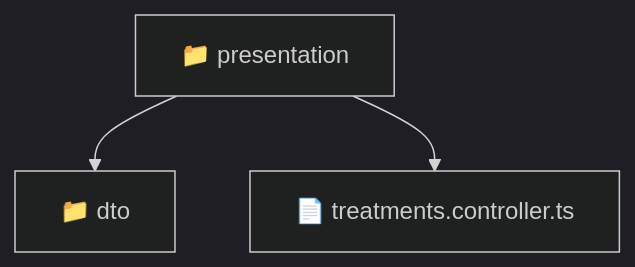
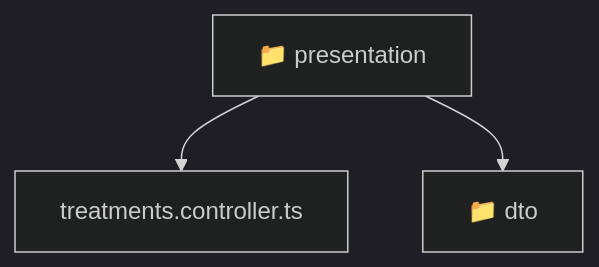
One commit to beginwebdev2002/fullstack-mavluda changed the diagram in backend/src/modules/treatments/presentation/README.md. Above: the diagram before and after it, drawn with Mermaid (dark theme). The commit also changed other lines of this file and 167 other files, not shown here.

````diff
--- a/backend/src/modules/treatments/presentation/README.md
+++ b/backend/src/modules/treatments/presentation/README.md
@@ -9,6 +9,8 @@
 ```mermaid
 graph TD
-  Root["📁 presentation"]
-  Root --> dto["📁 dto"]
-  Root --> treatments_controller_ts["📄 treatments.controller.ts"]
+  Root_presentation["📁 presentation"]
+  f_treatments_controller_ts["treatments.controller.ts"]
+  Root_presentation --> f_treatments_controller_ts
+  f_dto["📁 dto"]
+  Root_presentation --> f_dto
 ```
````
